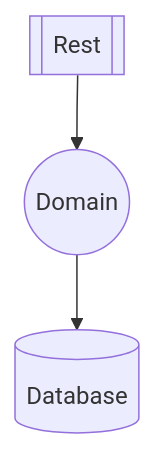
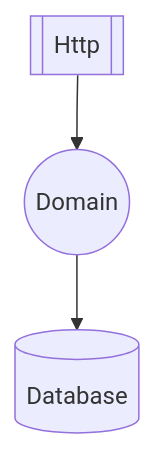
Before and after one commit to mouseless/baked: the second of 3 diagrams in docs/architecture/README.md, drawn with Mermaid. The commit also changed other lines of this file, not shown here.

````diff
--- a/docs/architecture/README.md
+++ b/docs/architecture/README.md
@@ -36,8 +36,8 @@
 ```mermaid
 flowchart
-  R[[Rest]]
+  H[[Http]]
   D((Domain))
   DB[(Database)]
 
-  R --> D --> DB
+  H --> D --> DB
 ```
````
